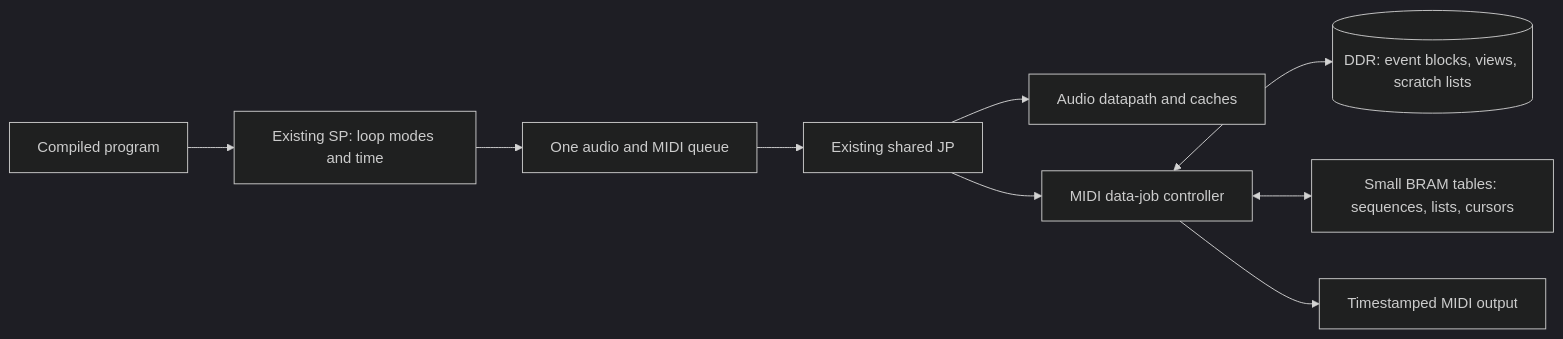
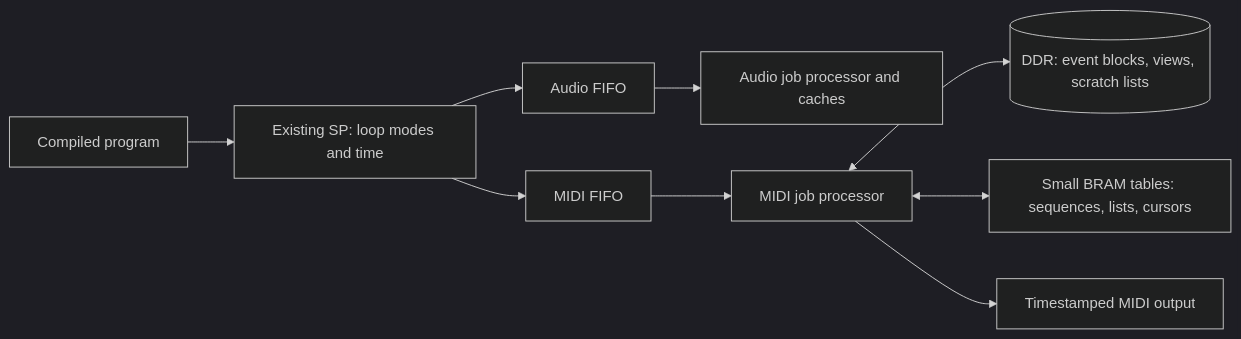
The diagram in fpga/midi/README.md (SanderVocke/shoopdaloop), drawn with Mermaid (dark theme) before and after one commit. The commit also changed other lines of this file and 18 other files, not shown here.

First line of the commit message:
Split FPGA audio and MIDI job processing

````diff
--- a/fpga/midi/README.md
+++ b/fpga/midi/README.md
@@ -12,11 +12,11 @@
 ```mermaid
 flowchart LR
     P[Compiled program] --> SP[Existing SP: loop modes and time]
-    SP --> Q[One audio and MIDI queue]
-    Q --> JP[Existing shared JP]
-    JP --> A[Audio datapath and caches]
-    JP --> M[MIDI data-job controller]
+    SP --> AQ[Audio FIFO]
+    SP --> MQ[MIDI FIFO]
+    AQ --> A[Audio job processor and caches]
+    MQ --> M[MIDI job processor]
     M <--> D[(DDR: event blocks, views, scratch lists)]
     M <--> B[Small BRAM tables: sequences, lists, cursors]
     M --> O[Timestamped MIDI output]
 ```
````
